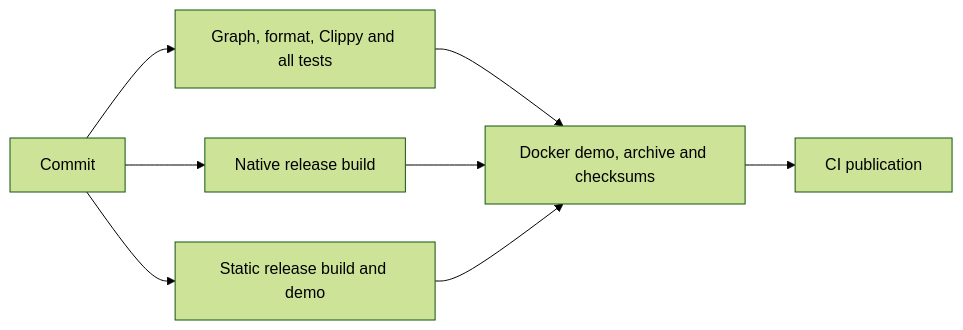
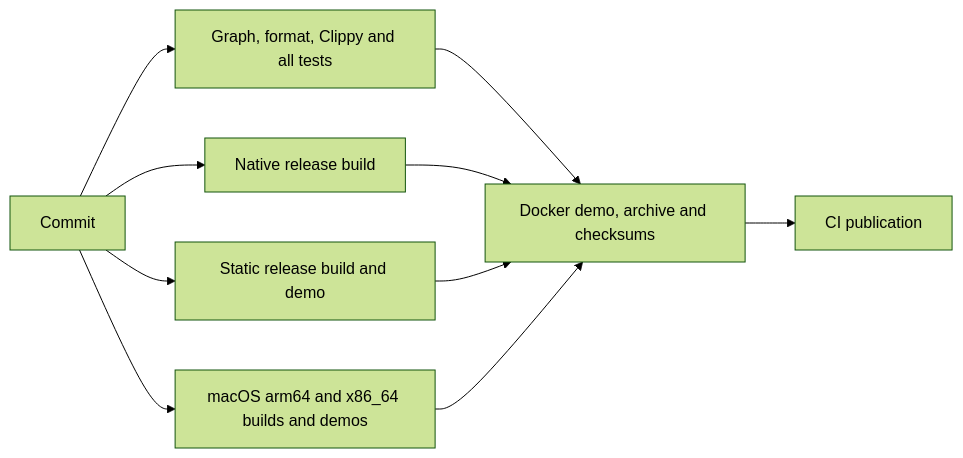
One commit to alecerf/mynou changed the diagram in docs/ci.md. Above: the diagram before and after it, drawn with Mermaid (forest theme). The commit also changed other lines of this file and 10 other files, not shown here.

````diff
--- a/docs/ci.md
+++ b/docs/ci.md
@@ -10,10 +10,12 @@
 ```mermaid
 flowchart LR
     Commit --> Validate[Graph, format, Clippy and all tests]
     Commit --> Native[Native release build]
     Commit --> Static[Static release build and demo]
+    Commit --> Mac[macOS arm64 and x86_64 builds and demos]
     Validate --> Package[Docker demo, archive and checksums]
     Native --> Package
     Static --> Package
+    Mac --> Package
     Package --> Release[CI publication]
 ```
````
